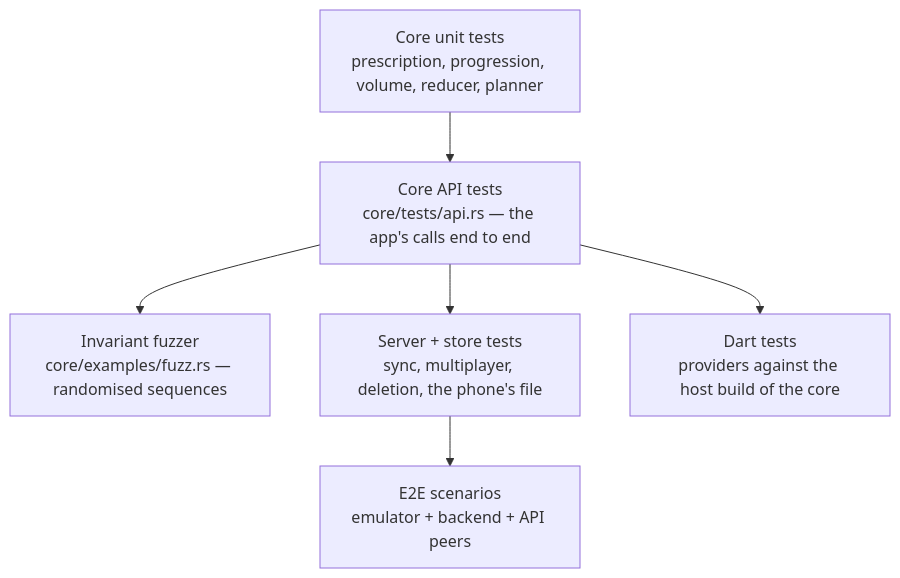
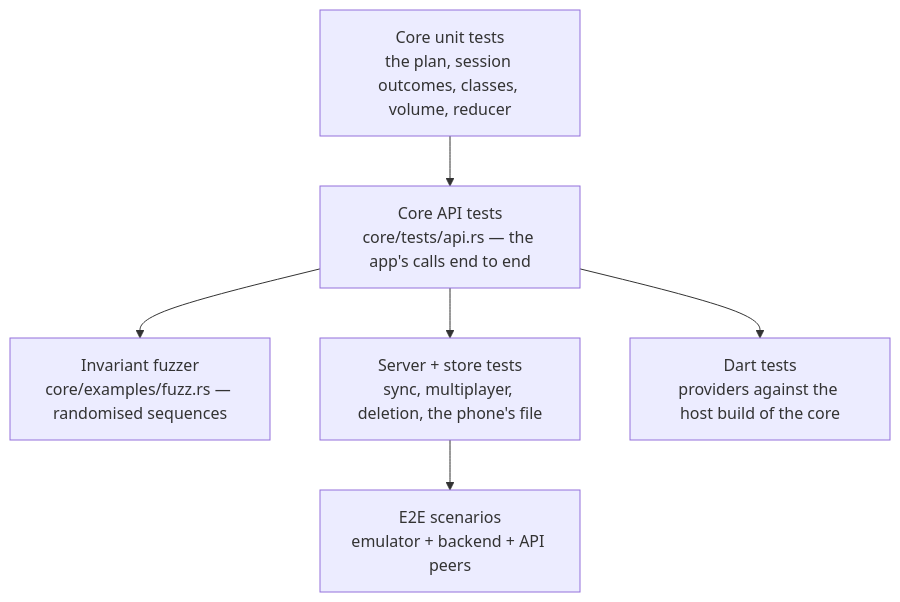
Before and after one commit to brensch/lift: the diagram in docs/architecture/testing.md, drawn with Mermaid. The commit also changed other lines of this file and 160 other files, not shown here.

````diff
--- a/docs/architecture/testing.md
+++ b/docs/architecture/testing.md
@@ -6,8 +6,8 @@
 ```mermaid
 graph TD
-    A["Core unit tests<br/>prescription, progression, volume, reducer, planner"] --> B["Core API tests<br/>core/tests/api.rs — the app's calls end to end"]
+    A["Core unit tests<br/>the plan, session outcomes, classes, volume, reducer"] --> B["Core API tests<br/>core/tests/api.rs — the app's calls end to end"]
     B --> C["Invariant fuzzer<br/>core/examples/fuzz.rs — randomised sequences"]
     B --> D["Server + store tests<br/>sync, multiplayer, deletion, the phone's file"]
     B --> E["Dart tests<br/>providers against the host build of the core"]
     D --> F["E2E scenarios<br/>emulator + backend + API peers"]
 ```
````
